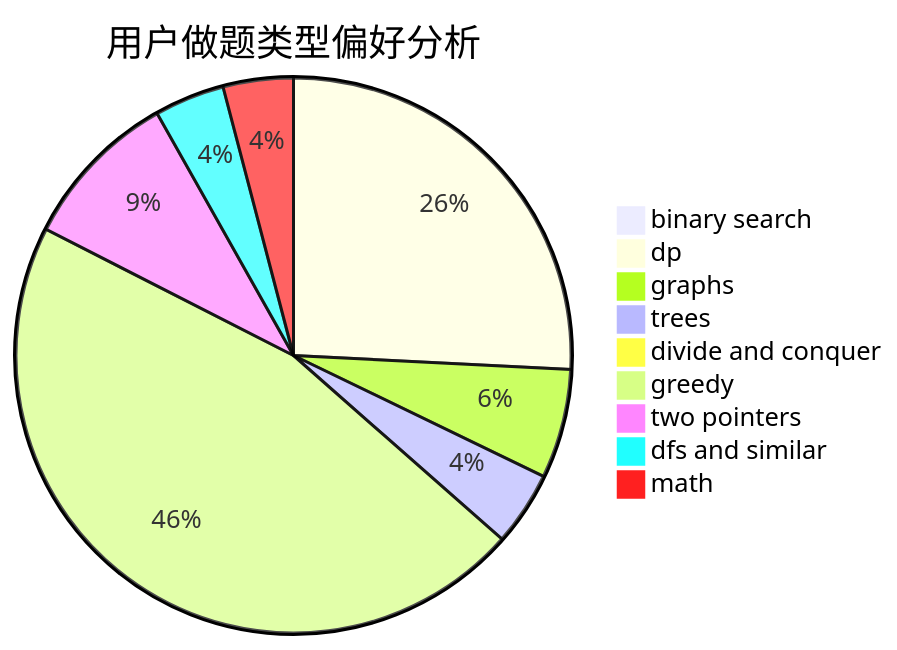
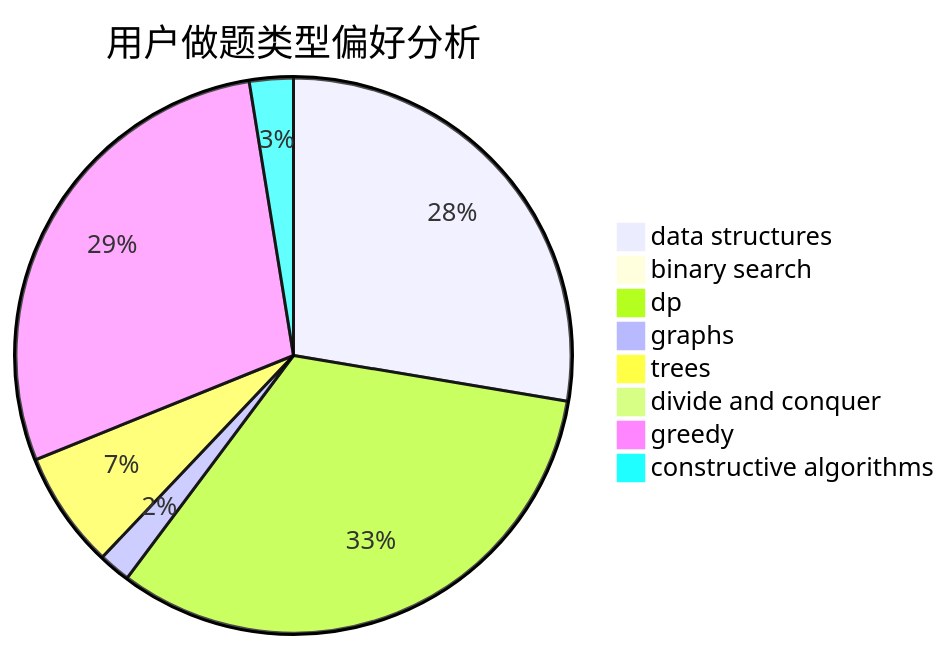
One commit to sherpahu/cfrs.github.io changed the second of 3 diagrams in docs/user/u2706.md. Above: the diagram before and after it, drawn with Mermaid. The commit also changed other lines of this file and 2775 other files, not shown here.

````diff
--- a/docs/user/u2706.md
+++ b/docs/user/u2706.md
@@ -23,12 +23,11 @@
 ```mermaid
 pie title 用户做题类型偏好分析
-    "binary search" :  13
-    "dp" :  531
-    "graphs" :  131
-    "trees" :  89
-    "divide and conquer" :  7
-    "greedy" :  947
-    "two pointers" :  192
-    "dfs and similar" :  84
-    "math" :  84
+    "data structures" :  357
+    "binary search" :  1
+    "dp" :  421
+    "graphs" :  24
+    "trees" :  88
+    "divide and conquer" :  0
+    "greedy" :  369
+    "constructive algorithms" :  33
 ```
````
